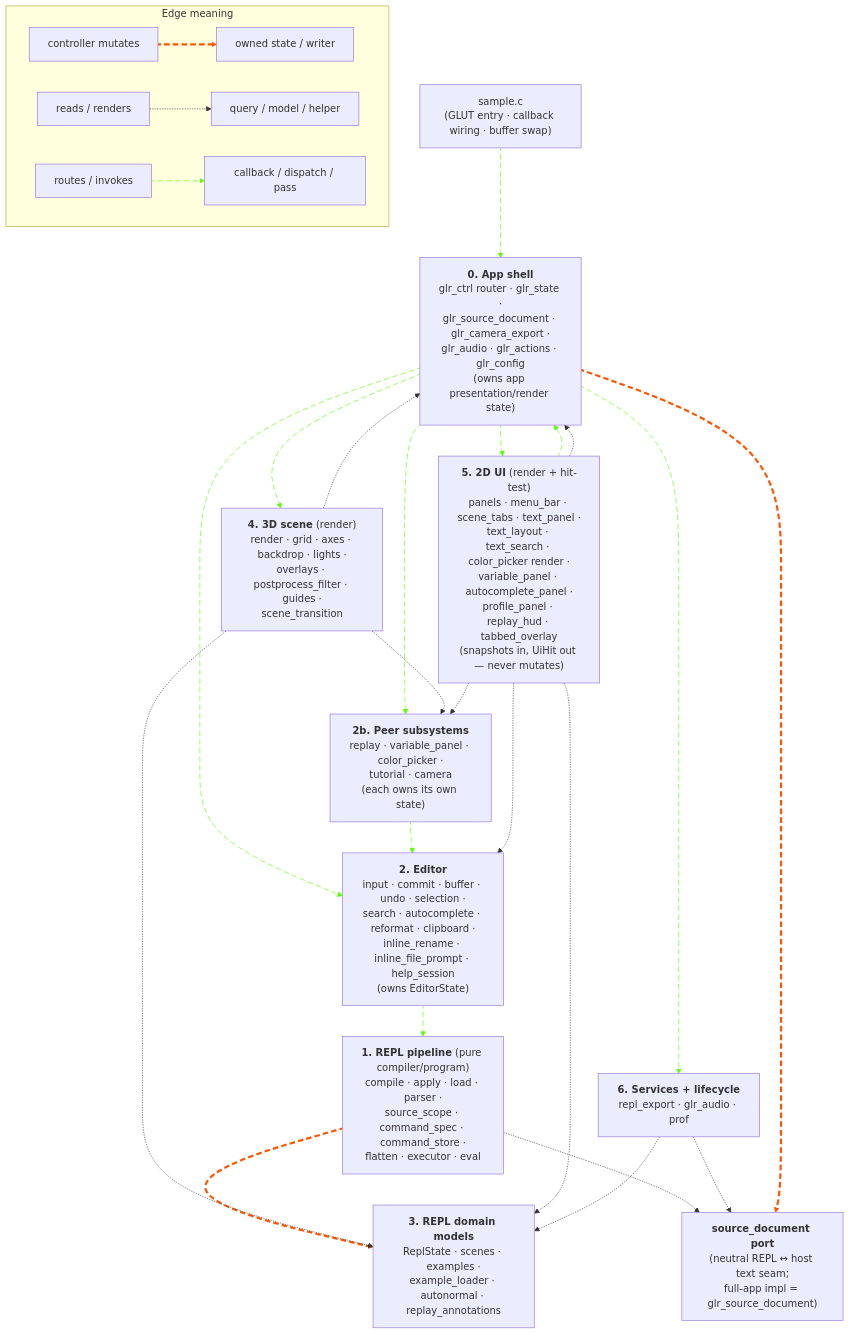
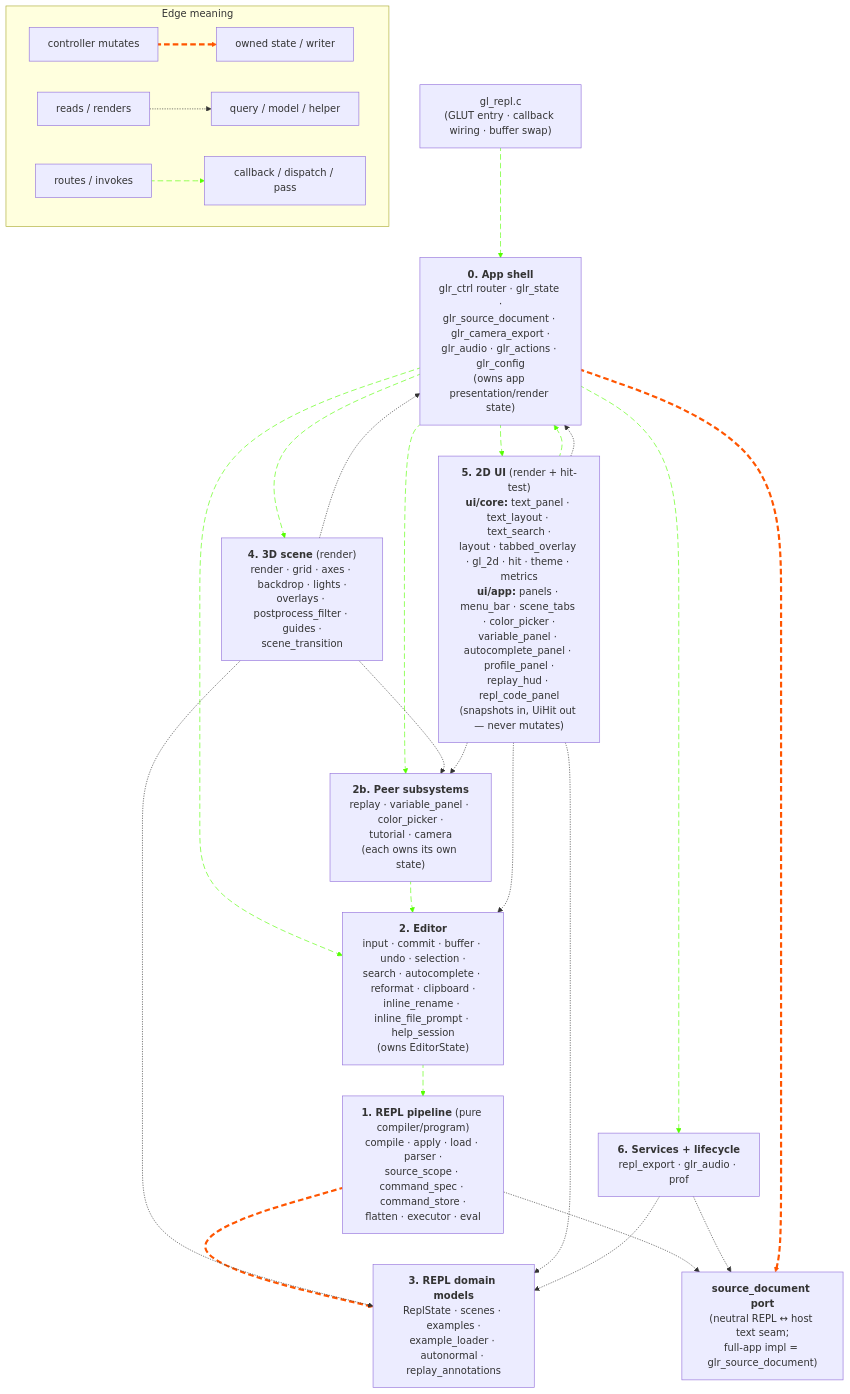
One commit to drewwoods/gl-repl changed the first of 2 diagrams in MODULES.md. Above: the diagram before and after it, drawn with Mermaid. The commit also changed other lines of this file and 6 other files, not shown here.

````diff
--- a/MODULES.md
+++ b/MODULES.md
@@ -572,79 +572,79 @@
 ```mermaid
 flowchart TB
     subgraph legend["Edge meaning"]
         lmut_a["controller mutates"] e1@==> lmut_b["owned state / writer"]
         lread_a["reads / renders"] -.-> lread_b["query / model / helper"]
         lflow_a["routes / invokes"] i1@--> lflow_b["callback / dispatch / pass"]
     end
 
-    sample["sample.c<br/>(GLUT entry · callback wiring · buffer swap)"]
+    gl_repl["gl_repl.c<br/>(GLUT entry · callback wiring · buffer swap)"]
 
     app["<b>0. App shell</b><br/>glr_ctrl router · glr_state ·<br/>glr_source_document · glr_camera_export ·<br/>glr_audio · glr_actions · glr_config<br/>(owns app presentation/render state)"]
 
     editor["<b>2. Editor</b><br/>input · commit · buffer · undo · selection ·<br/>search · autocomplete · reformat · clipboard ·<br/>inline_rename · inline_file_prompt · help_session<br/>(owns EditorState)"]
 
     peers["<b>2b. Peer subsystems</b><br/>replay · variable_panel · color_picker ·<br/>tutorial · camera<br/>(each owns its own state)"]
 
     repl["<b>1. REPL pipeline</b> (pure compiler/program)<br/>compile · apply · load · parser ·<br/>source_scope · command_spec · command_store ·<br/>flatten · executor · eval"]
 
     models["<b>3. REPL domain models</b><br/>ReplState · scenes · examples ·<br/>example_loader · autonormal · replay_annotations"]
 
     srcdoc["<b>source_document port</b><br/>(neutral REPL ↔ host text seam;<br/>full-app impl = glr_source_document)"]
 
-    ui["<b>5. 2D UI</b> (render + hit-test)<br/>panels · menu_bar · scene_tabs · text_panel ·<br/>text_layout · text_search · color_picker render ·<br/>variable_panel · autocomplete_panel ·<br/>profile_panel · replay_hud · tabbed_overlay<br/>(snapshots in, UiHit out — never mutates)"]
+    ui["<b>5. 2D UI</b> (render + hit-test)<br/><b>ui/core:</b> text_panel · text_layout · text_search ·<br/>layout · tabbed_overlay · gl_2d · hit · theme · metrics<br/><b>ui/app:</b> panels · menu_bar · scene_tabs · color_picker ·<br/>variable_panel · autocomplete_panel · profile_panel ·<br/>replay_hud · repl_code_panel<br/>(snapshots in, UiHit out — never mutates)"]
 
     scene["<b>4. 3D scene</b> (render)<br/>render · grid · axes · backdrop · lights ·<br/>overlays · postprocess_filter · guides ·<br/>scene_transition"]
 
     services["<b>6. Services + lifecycle</b><br/>repl_export · glr_audio · prof"]
 
-    %% Raw input flow: sample hands GLUT events to the app shell. UI
+    %% Raw input flow: gl_repl.c hands GLUT events to the app shell. UI
     %% hit-tests are passive — they compute a UiHit and hand it back to
     %% the controller for dispatch.
-    sample i2@--> app
+    gl_repl i2@--> app
     ui i3@--> app
 
     %% App shell routes raw input to the owning subsystem, drives the
     %% frame, and calls UI/scene/services.
     app i4@--> editor
     app i5@--> peers
     app i6@--> scene
     app i7@--> ui
     app i8@--> services
 
     %% Editor commit is the only path crossing INTO the REPL pipeline.
     %% REPL apply / command_store mutates the program model.
     editor i9@--> repl
     repl e2@==> models
 
     %% Peers write back through the editor (color_picker rewrites a
     %% source line via editor_commit_apply_external_change; the
     %% variable_panel drag rewrites a numeric token the same way).
     peers i10@--> editor
 
     %% Source-document port: REPL pipeline reads/writes source text
     %% through the neutral port, and services read source through it
     %% too. The full-app adapter (app layer) delegates writes to the
     %% editor buffer — editor stays the single underlying writer.
     repl -.-> srcdoc
     services -.-> srcdoc
     app e3@==> srcdoc
 
     %% Render is read-only: scene and UI consume snapshots of program /
     %% editor / peer / app state. They never mutate.
     scene -.-> models
     scene -.-> peers
     scene -.-> app
     ui -.-> editor
     ui -.-> models
     ui -.-> peers
     ui -.-> app
 
     %% Services read program and editor state to persist/replay.
     services -.-> models
 
     classDef animateE stroke:#f50,stroke-dasharray: 9\,5,stroke-dashoffset: 900,animation: dash 90s linear infinite;
     classDef animateF stroke:#5f0,stroke-dasharray: 9\,5,stroke-dashoffset: 900,animation: dash 90s linear infinite;
 
     class e1,e2,e3 animateE
     class i1,i2,i3,i4,i5,i6,i7,i8,i9,i10 animateF
 ```
````
